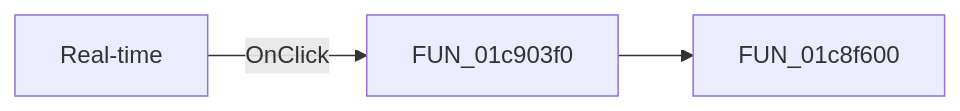
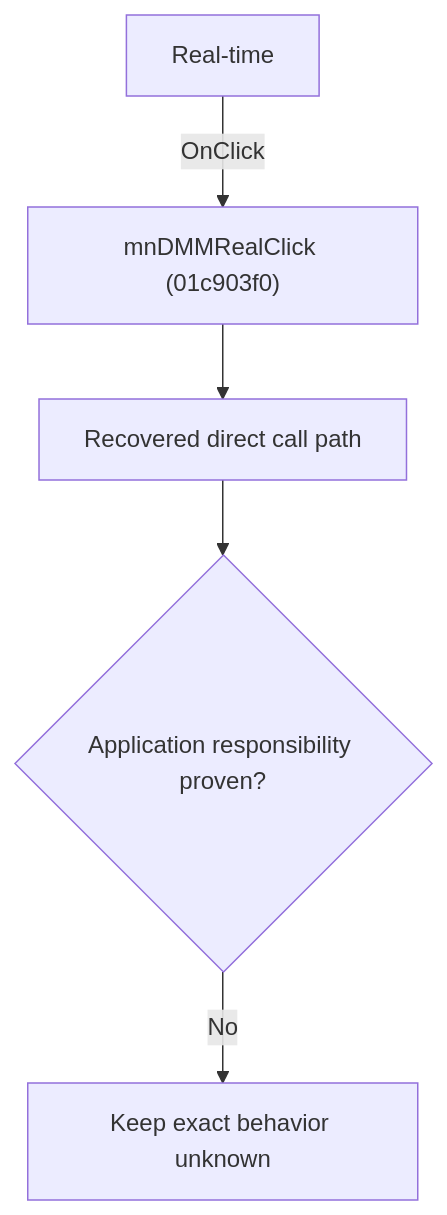
One commit to MovGP0/TIARA changed the diagram in docs/ui-controls/schematiceditor/mndmmreal-eee7b053e6.md. Above: the diagram before and after it, drawn with Mermaid. The commit also changed other lines of this file and 1062 other files, not shown here.

````diff
--- a/docs/ui-controls/schematiceditor/mndmmreal-eee7b053e6.md
+++ b/docs/ui-controls/schematiceditor/mndmmreal-eee7b053e6.md
@@ -27,5 +27,7 @@
 ```mermaid
-flowchart LR
-    control["Real-time"] -->|OnClick| handler["FUN_01c903f0"]
-    handler --> call1["FUN_01c8f600"]
+flowchart TD
+    control["Real-time"] -->|"OnClick"| handler["mnDMMRealClick (01c903f0)"]
+    handler --> recovered["Recovered direct call path"]
+    recovered --> gap{"Application responsibility proven?"}
+    gap -->|"No"| blocked["Keep exact behavior unknown"]
 ```
````
